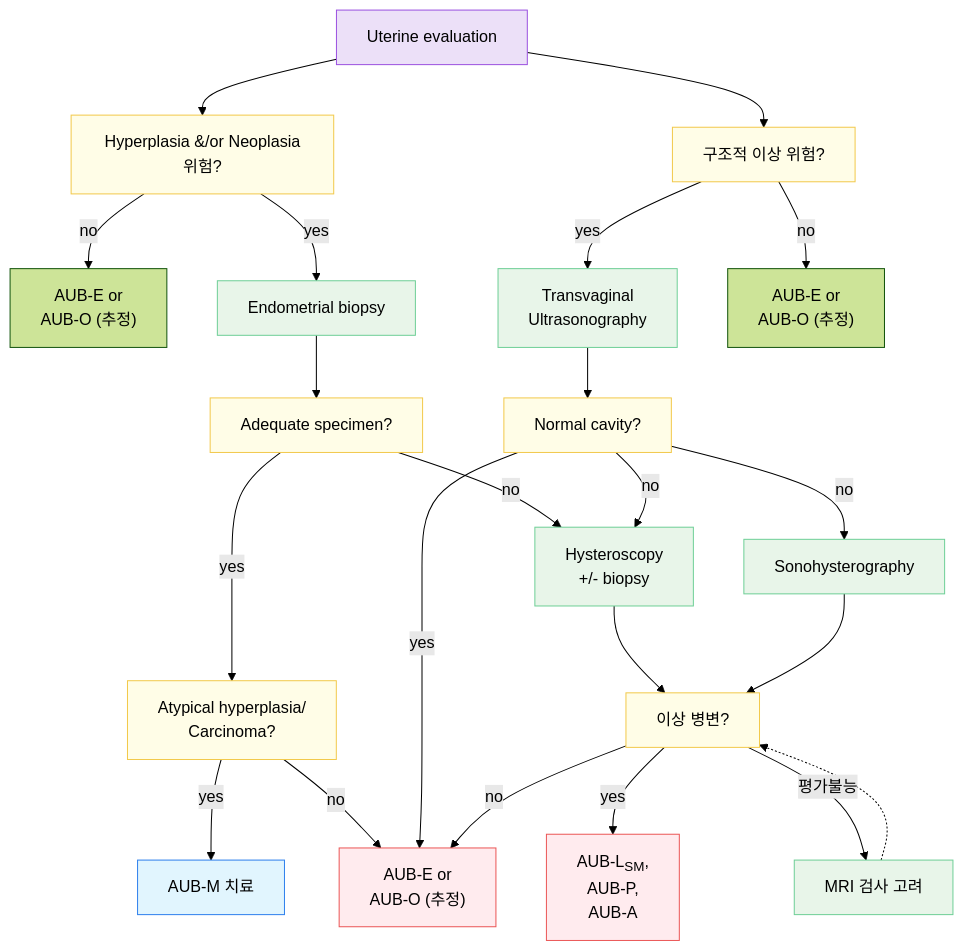
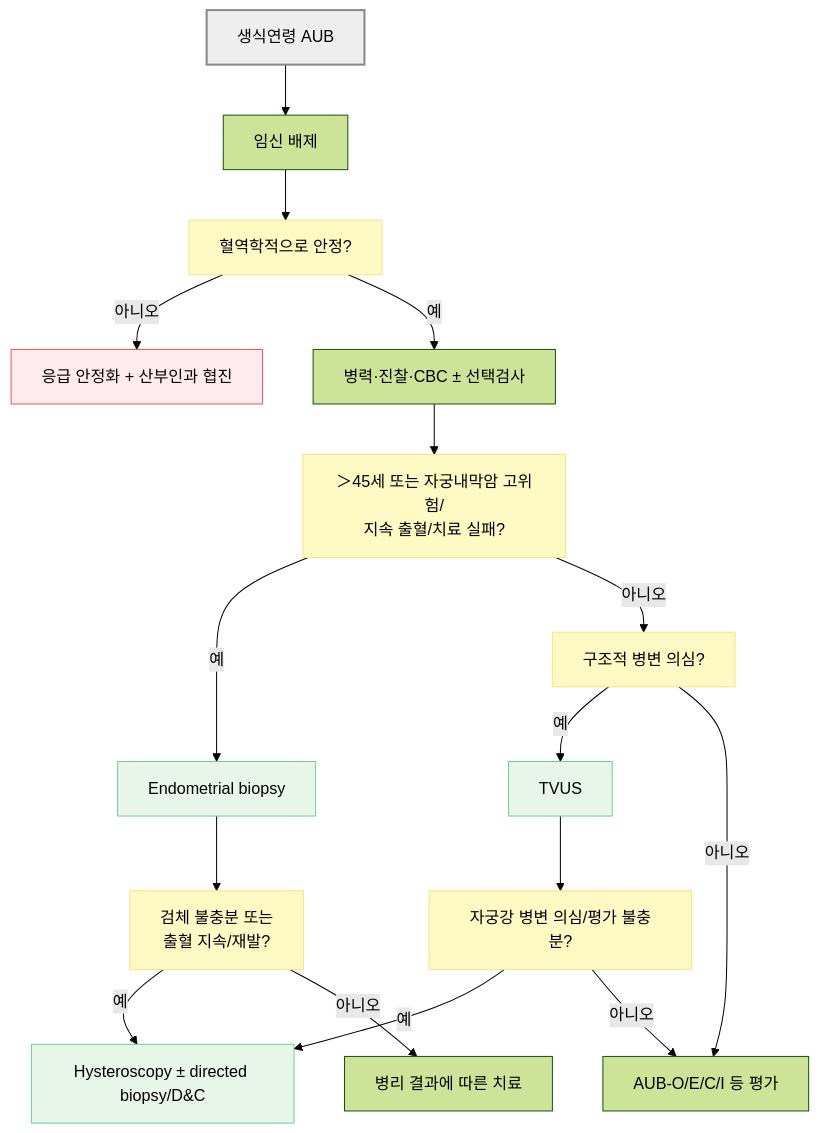
One commit to familyoh77/familyoh77 changed the first of 2 diagrams in 227_/129_-abnormal-uterine-bleeding-aub.md. Above: the diagram before and after it, drawn with Mermaid (forest theme). The commit also changed other lines of this file, not shown here.

````diff
--- a/227_/129_-abnormal-uterine-bleeding-aub.md
+++ b/227_/129_-abnormal-uterine-bleeding-aub.md
@@ -113,53 +151,29 @@
 ```mermaid
 flowchart TD
-    A["Uterine evaluation"] --> B["Hyperplasia &/or Neoplasia위험?"]
-    A --> C["구조적 이상 위험?"]
-    B -- no --> P["AUB-E or<br>AUB-O (추정)"]
-    %% Left Branch
-    B -- yes --> D["Endometrial biopsy"]
+    A["생식연령 AUB"] --> B["임신 배제"]
+    B --> C["혈역학적으로 안정?"]
+    C -- "아니오" --> D["응급 안정화 + 산부인과 협진"]
+    C -- "예" --> E["병력·진찰·CBC ± 선택검사"]
+    E --> F["＞45세 또는 자궁내막암 고위험/<br>지속 출혈/치료 실패?"]
+    F -- "예" --> G["Endometrial biopsy"]
+    F -- "아니오" --> H["구조적 병변 의심?"]
+    H -- "예" --> I["TVUS"]
+    H -- "아니오" --> J["AUB-O/E/C/I 등 평가"]
+    G --> K["검체 불충분 또는<br>출혈 지속/재발?"]
+    K -- "예" --> L["Hysteroscopy ± directed biopsy/D&C"]
+    K -- "아니오" --> M["병리 결과에 따른 치료"]
+    I --> N["자궁강 병변 의심/평가 불충분?"]
+    N -- "예" --> L
+    N -- "아니오" --> J
 
-
-    D --> F["Adequate specimen?"]
-    F -- yes --> G["Atypical hyperplasia/<br>Carcinoma?"]
-    F -- no --> H["Hysteroscopy<br>+/- biopsy<br>"]
-
-    G -- yes --> I["AUB-M 치료"]
-    G -- no --> E["AUB-E or<br>AUB-O (추정)"]
-
-    %% Right Branch
-    C -- yes --> J["Transvaginal<br>Ultrasonography"]
-    C -- no --> Q["AUB-E or<br>AUB-O (추정)"]
-
-    J --> K["Normal cavity?"]
-    K -- yes --> E
-    K -- no --> H
-    K -- no --> L["Sonohysterography"]
-
-    H --> M["이상 병변?"]
-    L --> M
-
-    %% Results from 이상 병변?
-    M -- no --> E
-    M -- yes --> N["AUB-L<sub>SM</sub>,<br>AUB-P,<br>AUB-A"]
-    M -- 평가불능 --> O["MRI 검사 고려"]
-    O -.-> M
-
-    %% Styles
-    style A fill:#ECE0F8,stroke:#9B51E0,stroke-width:1px
-    style B fill:#FFFDE7,stroke:#F2C94C,stroke-width:1px
-    style C fill:#FFFDE7,stroke:#F2C94C,stroke-width:1px
-    style F fill:#FFFDE7,stroke:#F2C94C,stroke-width:1px
-    style G fill:#FFFDE7,stroke:#F2C94C,stroke-width:1px
-    style K fill:#FFFDE7,stroke:#F2C94C,stroke-width:1px
-    style M fill:#FFFDE7,stroke:#F2C94C,stroke-width:1px
-
-    style D fill:#E8F5E9,stroke:#6FCF97,stroke-width:1px
-    style H fill:#E8F5E9,stroke:#6FCF97,stroke-width:1px
-    style J fill:#E8F5E9,stroke:#6FCF97,stroke-width:1px
+    style A fill:#eeeeee,stroke:#888888,stroke-width:2px
+    style C fill:#fff9c4,stroke:#ffe082
+    style F fill:#fff9c4,stroke:#ffe082
+    style H fill:#fff9c4,stroke:#ffe082
+    style K fill:#fff9c4,stroke:#ffe082
+    style N fill:#fff9c4,stroke:#ffe082
+    style D fill:#FFEBEE,stroke:#EB5757,stroke-width:1px
+    style G fill:#E8F5E9,stroke:#6FCF97,stroke-width:1px
+    style I fill:#E8F5E9,stroke:#6FCF97,stroke-width:1px
     style L fill:#E8F5E9,stroke:#6FCF97,stroke-width:1px
-    style O fill:#E8F5E9,stroke:#6FCF97,stroke-width:1px
-
-    style E fill:#FFEBEE,stroke:#EB5757,stroke-width:1px
-    style N fill:#FFEBEE,stroke:#EB5757,stroke-width:1px
-    style I fill:#E1F5FE,stroke:#2F80ED,stroke-width:1px
 ```
````
